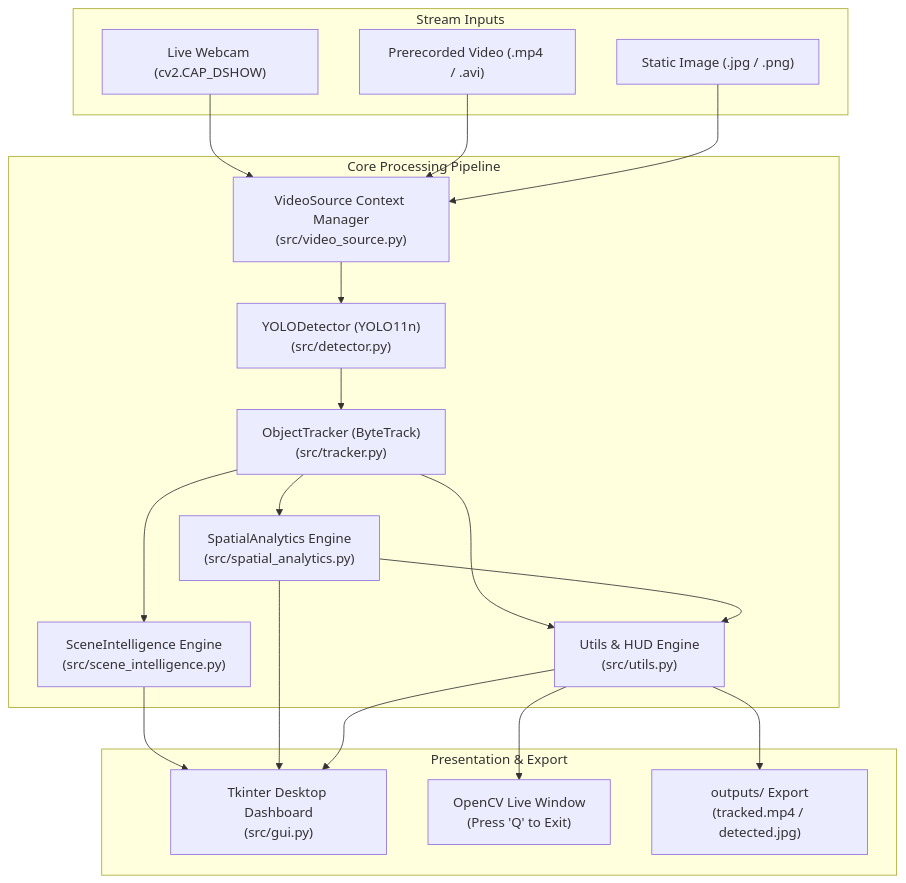
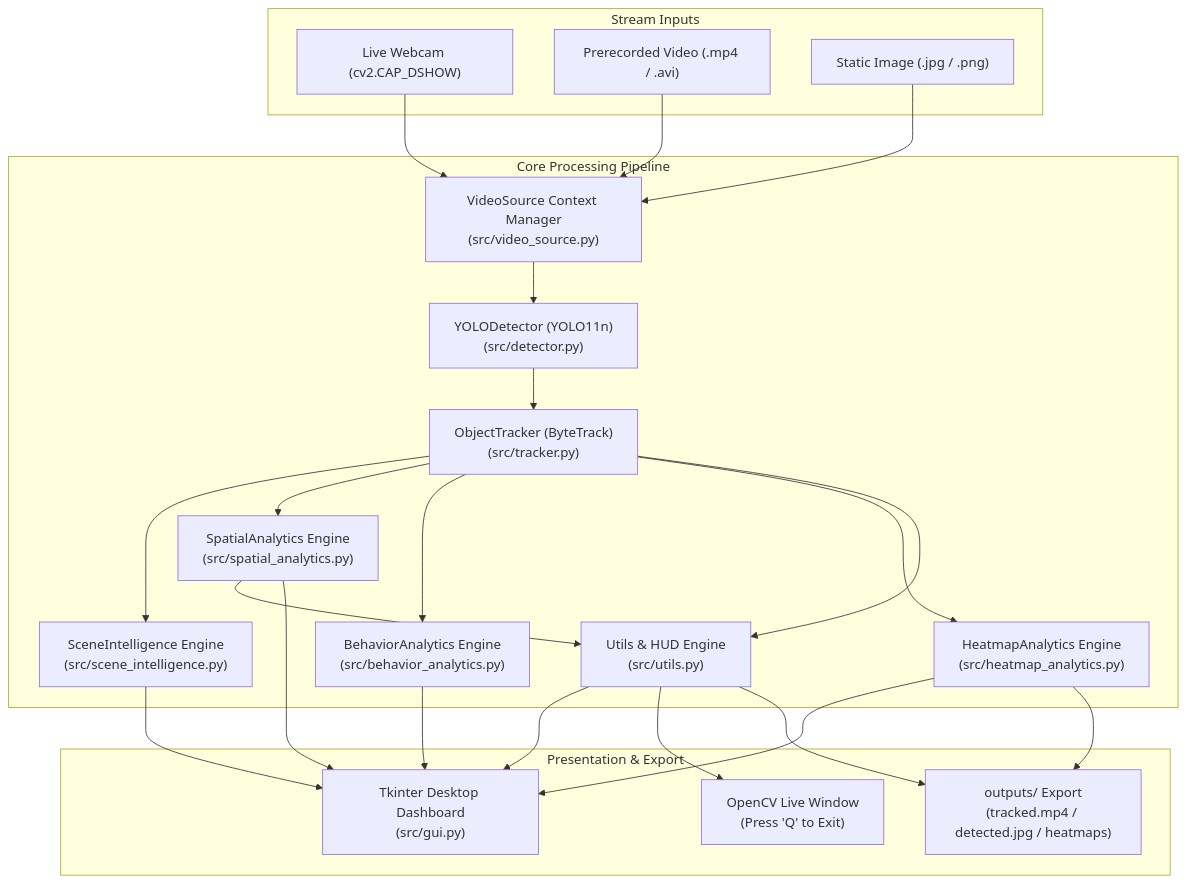
The diagram in README.md (nathin1ga24ci074-KAISER/CodeAlpha_Object_Detection_Tracking), drawn with Mermaid before and after one commit. The commit also changed other lines of this file and 9 other files, not shown here.

Commit message:
feat: complete Phase C trajectory behavior analytics, spatial heatmaps, and GUI dashboard integration

````diff
--- a/README.md
+++ b/README.md
@@ -28,39 +28,46 @@
 ```mermaid
 flowchart TD
     subgraph Inputs["Stream Inputs"]
         Webcam["Live Webcam (cv2.CAP_DSHOW)"]
         VideoFile["Prerecorded Video (.mp4 / .avi)"]
         StaticImg["Static Image (.jpg / .png)"]
     end
 
     subgraph CorePipeline["Core Processing Pipeline"]
         SourceMgr["VideoSource Context Manager\n(src/video_source.py)"]
         Detector["YOLODetector (YOLO11n)\n(src/detector.py)"]
         Tracker["ObjectTracker (ByteTrack)\n(src/tracker.py)"]
         SceneIntel["SceneIntelligence Engine\n(src/scene_intelligence.py)"]
         SpatialAnalytics["SpatialAnalytics Engine\n(src/spatial_analytics.py)"]
+        BehaviorAnalytics["BehaviorAnalytics Engine\n(src/behavior_analytics.py)"]
+        HeatmapAnalytics["HeatmapAnalytics Engine\n(src/heatmap_analytics.py)"]
         Visualizer["Utils & HUD Engine\n(src/utils.py)"]
     end
 
     subgraph Outputs["Presentation & Export"]
         GUI["Tkinter Desktop Dashboard\n(src/gui.py)"]
         CLI_Window["OpenCV Live Window\n(Press 'Q' to Exit)"]
-        DiskOutput["outputs/ Export\n(tracked.mp4 / detected.jpg)"]
+        DiskOutput["outputs/ Export\n(tracked.mp4 / detected.jpg / heatmaps)"]
     end
 
     Webcam --> SourceMgr
     VideoFile --> SourceMgr
     StaticImg --> SourceMgr
 
     SourceMgr --> Detector
     Detector --> Tracker
     Tracker --> SceneIntel
     Tracker --> SpatialAnalytics
+    Tracker --> BehaviorAnalytics
+    Tracker --> HeatmapAnalytics
     Tracker --> Visualizer
     SpatialAnalytics --> Visualizer
+    BehaviorAnalytics --> GUI
+    HeatmapAnalytics --> GUI
+    HeatmapAnalytics --> DiskOutput
     SceneIntel --> GUI
     SpatialAnalytics --> GUI
     Visualizer --> GUI
     Visualizer --> CLI_Window
     Visualizer --> DiskOutput
 ```
````
